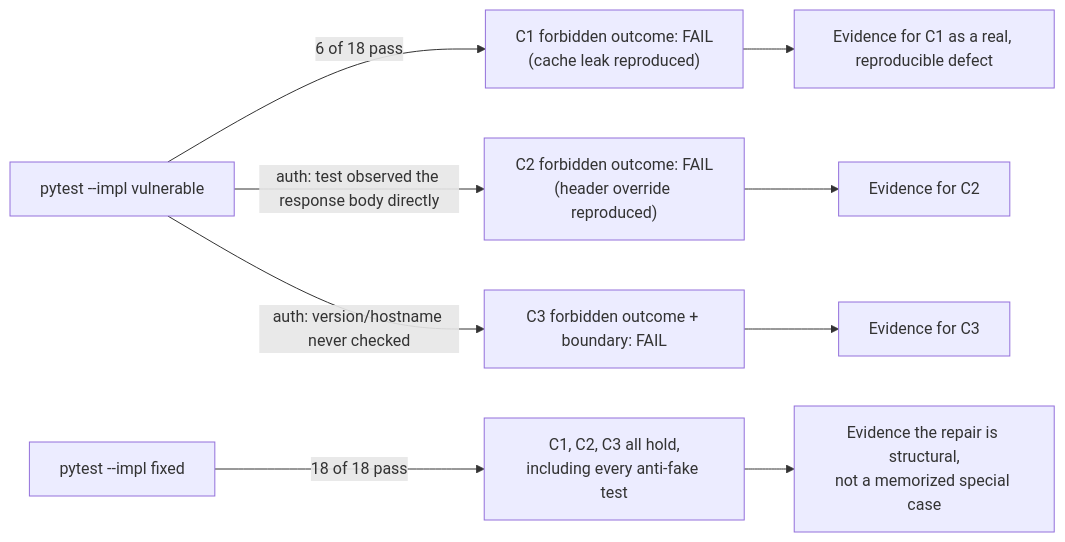
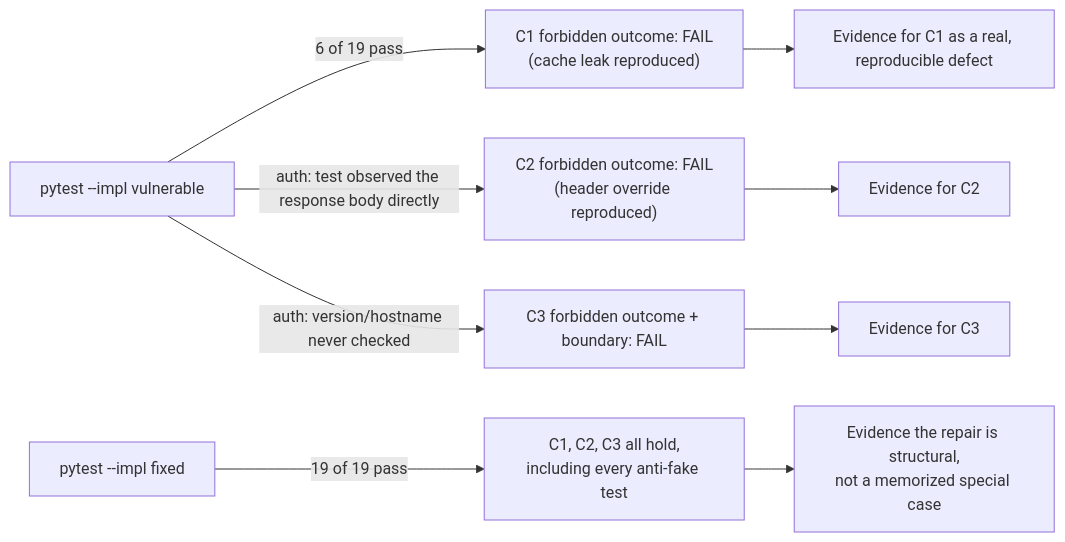
The diagram in content/modules/2/2.2/lessons/05-verify.md (ishitvagoel/LearnSecurity), drawn with Mermaid before and after one commit. The commit also changed other lines of this file and 7 other files, not shown here.

````diff
--- a/content/modules/2/2.2/lessons/05-verify.md
+++ b/content/modules/2/2.2/lessons/05-verify.md
@@ -23,11 +23,11 @@
 ```mermaid
 flowchart LR
-  Run["pytest --impl vulnerable"] -->|"6 of 18 pass"| V1["C1 forbidden outcome: FAIL\n(cache leak reproduced)"]
+  Run["pytest --impl vulnerable"] -->|"6 of 19 pass"| V1["C1 forbidden outcome: FAIL\n(cache leak reproduced)"]
   Run -->|auth: test observed the response body directly| V2["C2 forbidden outcome: FAIL\n(header override reproduced)"]
   Run -->|auth: version/hostname never checked| V3["C3 forbidden outcome + boundary: FAIL"]
-  Fixed["pytest --impl fixed"] -->|"18 of 18 pass"| F1["C1, C2, C3 all hold,\nincluding every anti-fake test"]
+  Fixed["pytest --impl fixed"] -->|"19 of 19 pass"| F1["C1, C2, C3 all hold,\nincluding every anti-fake test"]
   V1 --> Claim1["Evidence for C1 as a real, reproducible defect"]
   V2 --> Claim2["Evidence for C2"]
   V3 --> Claim3["Evidence for C3"]
   F1 --> ClaimAll["Evidence the repair is structural,\nnot a memorized special case"]
 ```
````
